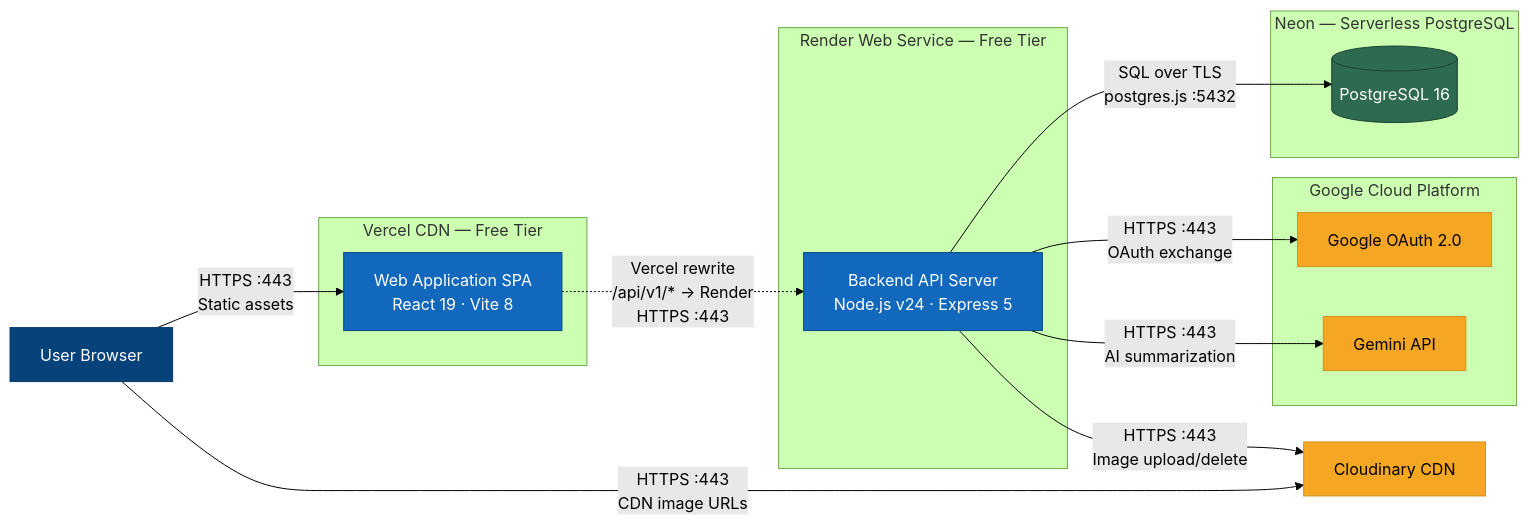
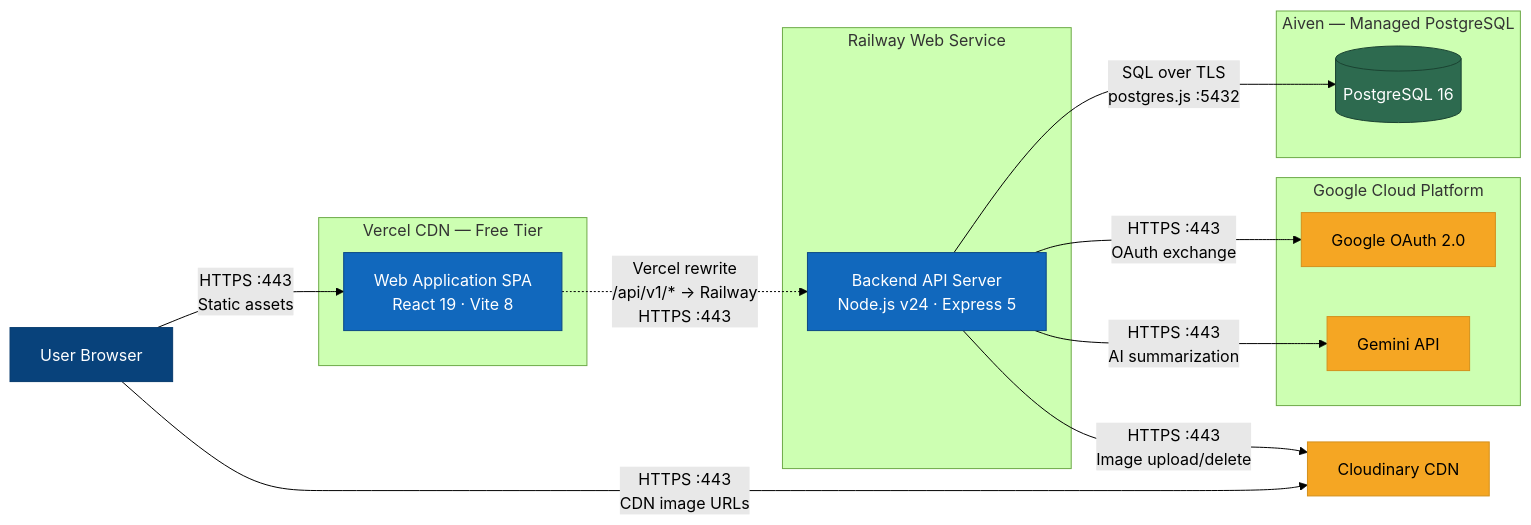
The sixth of 7 diagrams in docs/01 - PA/PA4-Group06/PA4.md (anvn12/FOZ), drawn with Mermaid (forest theme) before and after one commit. The commit also changed other lines of this file and 1 other file, not shown here.

Commit message:
docs: update deploy diagram

````diff
--- a/docs/01 - PA/PA4-Group06/PA4.md
+++ b/docs/01 - PA/PA4-Group06/PA4.md
@@ -2411,41 +2411,41 @@
 ```mermaid
 flowchart LR
     Browser["User Browser"]
 
     subgraph vercel ["Vercel CDN — Free Tier"]
         SPA["Web Application SPA\nReact 19 · Vite 8"]
     end
 
-    subgraph render ["Render Web Service — Free Tier"]
+    subgraph railway ["Railway Web Service"]
         API["Backend API Server\nNode.js v24 · Express 5"]
     end
 
-    subgraph neon ["Neon — Serverless PostgreSQL"]
+    subgraph aiven ["Aiven — Managed PostgreSQL"]
         DB[("PostgreSQL 16")]
     end
 
     subgraph google ["Google Cloud Platform"]
         GoogleOAuth["Google OAuth 2.0"]
         GeminiAPI["Gemini API"]
     end
 
     Cloudinary["Cloudinary CDN"]
 
     Browser -- "HTTPS :443\nStatic assets" --> SPA
-    SPA -. "Vercel rewrite\n/api/v1/* → Render\nHTTPS :443" .-> API
+    SPA -. "Vercel rewrite\n/api/v1/* → Railway\nHTTPS :443" .-> API
     API -- "SQL over TLS\npostgres.js :5432" --> DB
     API -- "HTTPS :443\nOAuth exchange" --> GoogleOAuth
     API -- "HTTPS :443\nAI summarization" --> GeminiAPI
     API -- "HTTPS :443\nImage upload/delete" --> Cloudinary
     Browser -- "HTTPS :443\nCDN image URLs" --> Cloudinary
 
     classDef container fill:#1168bd,stroke:#0b4884,color:#fff
     classDef ext fill:#f5a623,stroke:#d4901c,color:#000
     classDef client fill:#08427b,stroke:#073b6e,color:#fff
     classDef db fill:#2d6a4f,stroke:#1b4332,color:#fff
 
     class Browser client
     class SPA,API container
     class DB db
     class GoogleOAuth,GeminiAPI,Cloudinary ext
 ```
````
